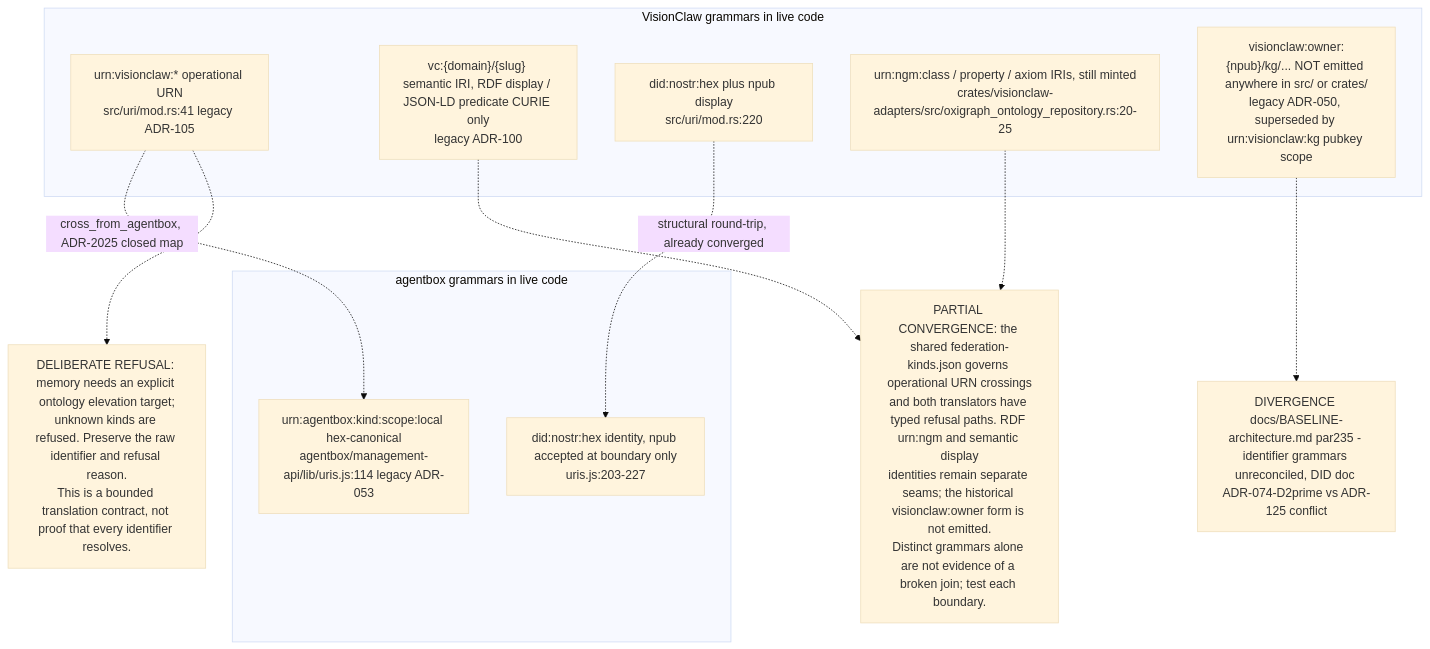
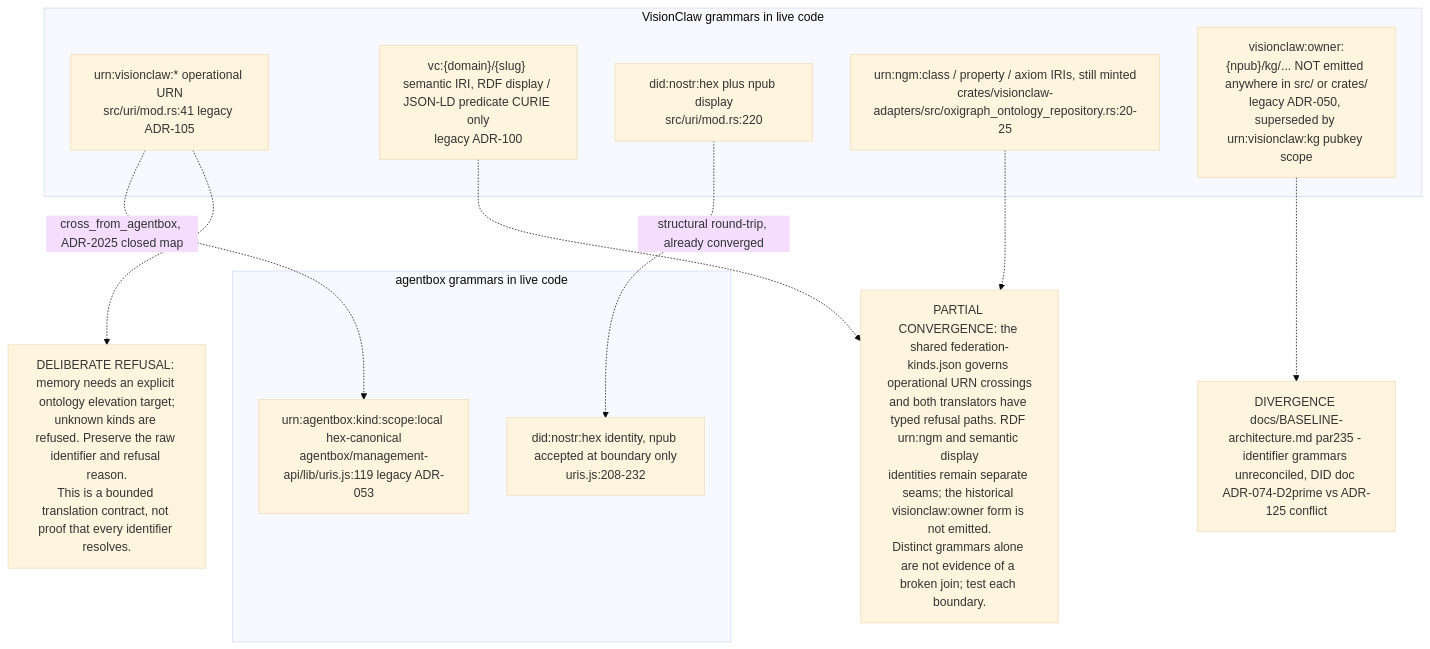
One commit to DreamLab-AI/VisionFlow changed the tenth of 12 diagrams in docs/diagrams/estate/03-cross-repo-federation-contract.md. Above: the diagram before and after it, drawn with Mermaid (base theme). The commit also changed other lines of this file and 12 other files, not shown here.

````diff
--- a/docs/diagrams/estate/03-cross-repo-federation-contract.md
+++ b/docs/diagrams/estate/03-cross-repo-federation-contract.md
@@ -404,23 +414,23 @@
 ```mermaid
 flowchart TD
     subgraph VC["VisionClaw grammars in live code"]
         G1["urn:visionclaw:* operational URN<br/>src/uri/mod.rs:41 legacy ADR-105"]
         G2["vc:{domain}/{slug} semantic IRI, RDF display / JSON-LD predicate CURIE only<br/>legacy ADR-100"]
         G3["did:nostr:hex plus npub display<br/>src/uri/mod.rs:220"]
         G4["urn:ngm:class / property / axiom IRIs, still minted<br/>crates/visionclaw-adapters/src/oxigraph_ontology_repository.rs:20-25"]
         G5["visionclaw:owner:{npub}/kg/... NOT emitted anywhere in src/ or crates/<br/>legacy ADR-050, superseded by urn:visionclaw:kg pubkey scope"]
     end
     subgraph AB["agentbox grammars in live code"]
-        G6["urn:agentbox:kind:scope:local hex-canonical<br/>agentbox/management-api/lib/uris.js:114 legacy ADR-053"]
-        G7["did:nostr:hex identity, npub accepted at boundary only<br/>uris.js:203-227"]
+        G6["urn:agentbox:kind:scope:local hex-canonical<br/>agentbox/management-api/lib/uris.js:119 legacy ADR-053"]
+        G7["did:nostr:hex identity, npub accepted at boundary only<br/>uris.js:208-232"]
     end
     G1 -. "cross_from_agentbox, ADR-2025 closed map" .-> G6
     G3 -. "structural round-trip, already converged" .-> G7
     NOTE1["PARTIAL CONVERGENCE: the shared federation-kinds.json governs operational URN crossings<br/>and both translators have typed refusal paths. RDF urn:ngm and semantic display<br/>identities remain separate seams; the historical visionclaw:owner form is not emitted.<br/>Distinct grammars alone are not evidence of a broken join; test each boundary."]
     NOTE2["DIVERGENCE docs/BASELINE-architecture.md par235 - identifier grammars unreconciled, DID doc ADR-074-D2prime vs ADR-125 conflict"]
     NOTE3["DELIBERATE REFUSAL: memory needs an explicit ontology elevation target;<br/>unknown kinds are refused. Preserve the raw identifier and refusal reason.<br/>This is a bounded translation contract, not proof that every identifier resolves."]
     G4 -.-> NOTE1
     G2 -.-> NOTE1
     G5 -.-> NOTE2
     G1 -.-> NOTE3
 ```
````
